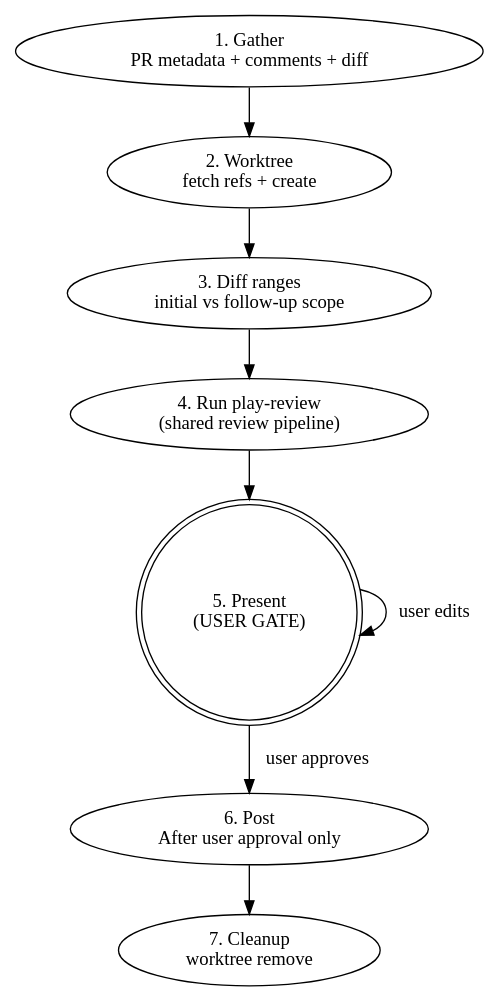
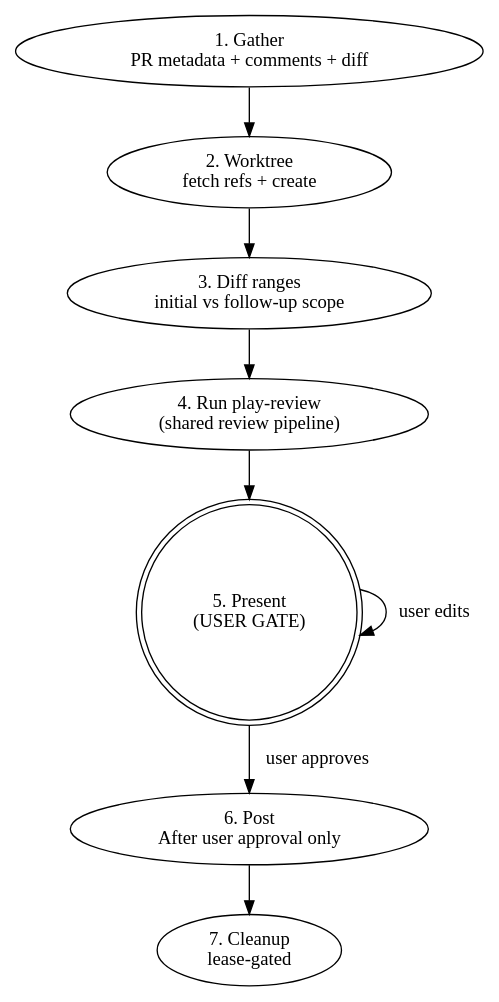
The diagram in skills/pr-review/SKILL.md (ryumiel/devcanon), drawn with Graphviz before and after one commit. The commit also changed other lines of this file and 13 other files, not shown here.

````diff
--- a/skills/pr-review/SKILL.md
+++ b/skills/pr-review/SKILL.md
@@ -21,17 +21,17 @@
 ```dot
 digraph pr_review {
   rankdir=TB;
   gather [label="1. Gather\nPR metadata + comments + diff"];
   worktree [label="2. Worktree\nfetch refs + create"];
   ranges [label="3. Diff ranges\ninitial vs follow-up scope"];
   delegate [label="4. Run play-review\n(shared review pipeline)"];
   present [label="5. Present\n(USER GATE)", shape=doublecircle];
   post [label="6. Post\nAfter user approval only"];
-  cleanup [label="7. Cleanup\nworktree remove"];
+  cleanup [label="7. Cleanup\nlease-gated"];
 
   gather -> worktree -> ranges -> delegate -> present;
   present -> post [label="user approves"];
   present -> present [label="user edits"];
   post -> cleanup;
 }
 ```
````
